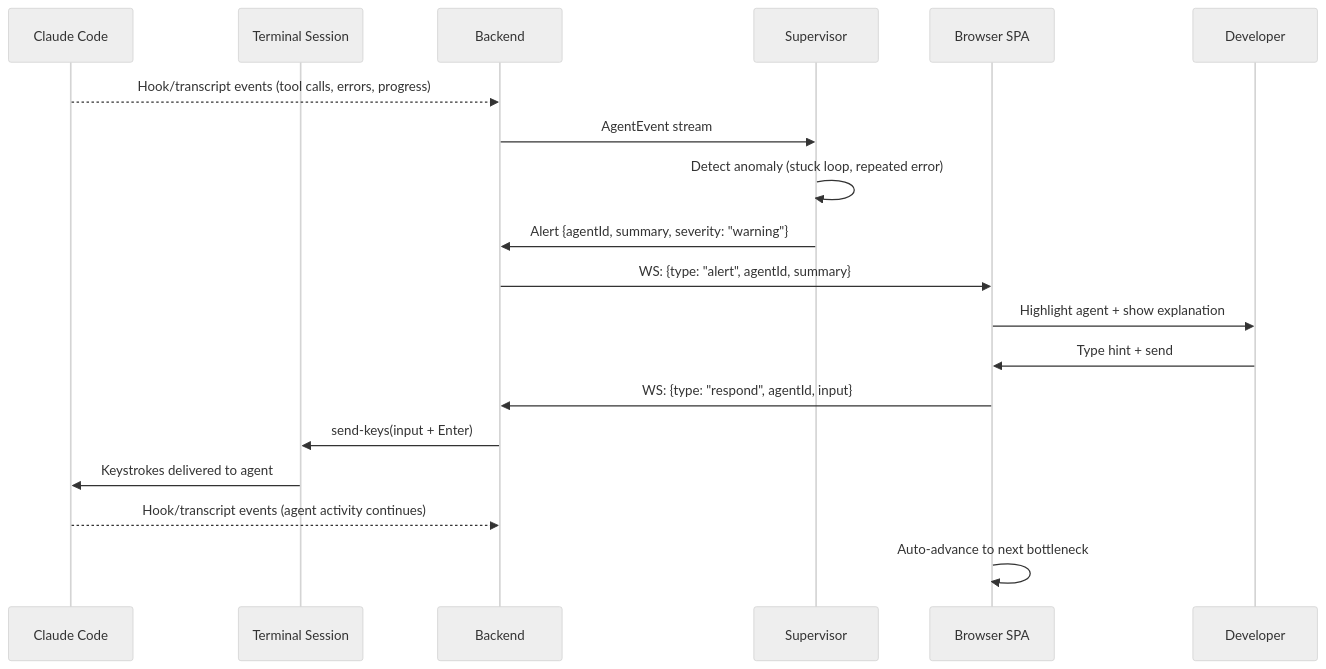
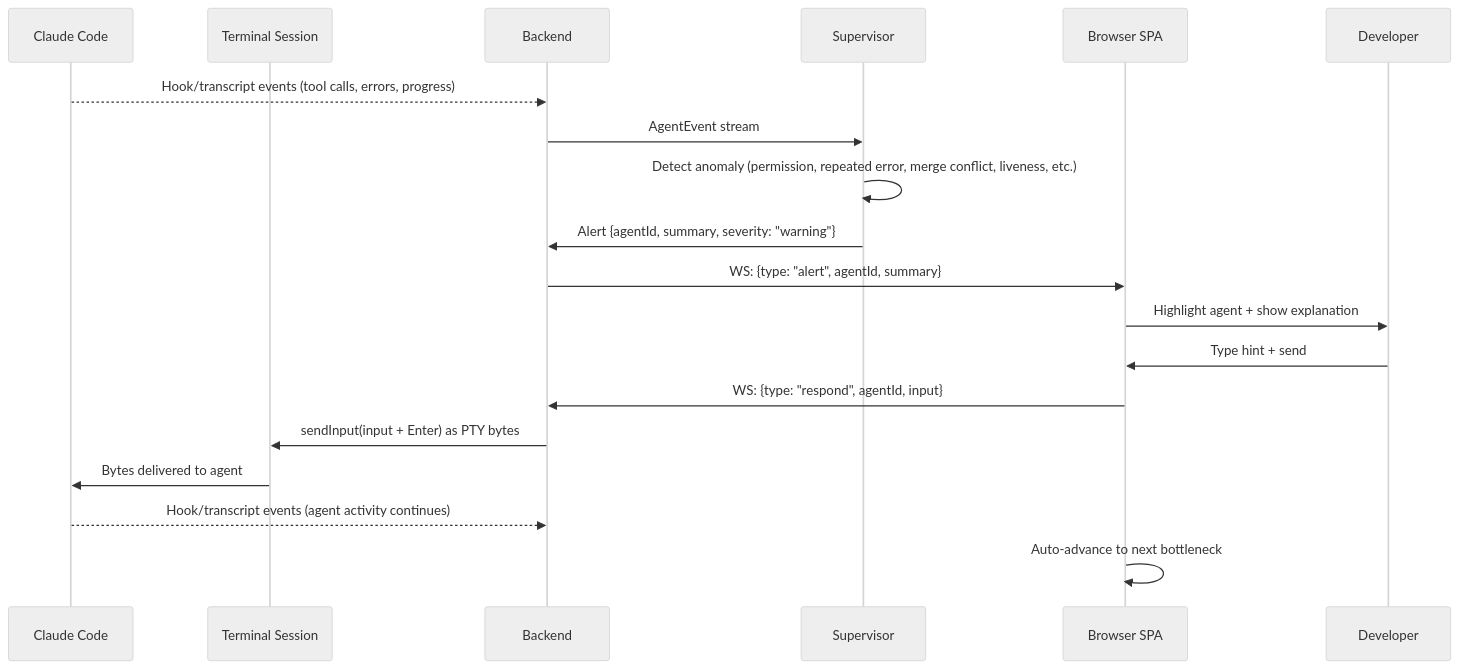
The third of 7 diagrams in docs/system-models/04-runtime-interactions.md (kookr-ai/kookr), drawn with Mermaid (neutral theme) before and after one commit. The commit also changed other lines of this file and 23 other files, not shown here.

Commit message:
docs: reconcile architecture models with implementation

````diff
--- a/docs/system-models/04-runtime-interactions.md
+++ b/docs/system-models/04-runtime-interactions.md
@@ -67,22 +67,22 @@
 ```mermaid
 sequenceDiagram
   participant CC as Claude Code
   participant Term as Terminal Session
   participant BE as Backend
   participant Sup as Supervisor
   participant SPA as Browser SPA
   participant Dev as Developer
 
   CC-->>BE: Hook/transcript events (tool calls, errors, progress)
   BE->>Sup: AgentEvent stream
-  Sup->>Sup: Detect anomaly (stuck loop, repeated error)
+  Sup->>Sup: Detect anomaly (permission, repeated error, merge conflict, liveness, etc.)
   Sup->>BE: Alert {agentId, summary, severity: "warning"}
   BE->>SPA: WS: {type: "alert", agentId, summary}
   SPA->>Dev: Highlight agent + show explanation
   Dev->>SPA: Type hint + send
   SPA->>BE: WS: {type: "respond", agentId, input}
-  BE->>Term: send-keys(input + Enter)
-  Term->>CC: Keystrokes delivered to agent
+  BE->>Term: sendInput(input + Enter) as PTY bytes
+  Term->>CC: Bytes delivered to agent
   CC-->>BE: Hook/transcript events (agent activity continues)
   SPA->>SPA: Auto-advance to next bottleneck
 ```
````
